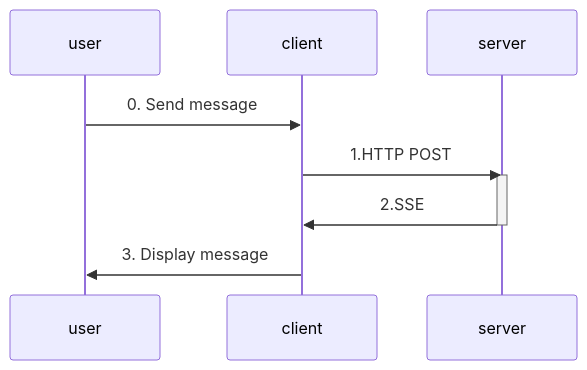
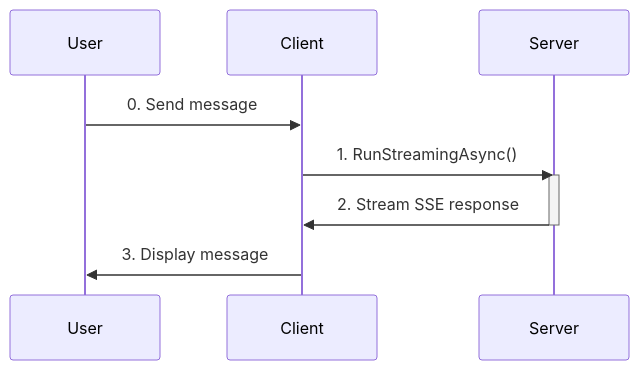
Before and after one commit to jasmin-software/dotnet_agui_workshop: the diagram in project1/Client_Tutorial_1/README.md, drawn with Mermaid. The commit also changed other lines of this file and 3 other files, not shown here.

Commit message:
clean up diagrams

````diff
--- a/project1/Client_Tutorial_1/README.md
+++ b/project1/Client_Tutorial_1/README.md
@@ -121,9 +121,9 @@
 ```mermaid
 sequenceDiagram;
-    user->>client: 0. Send message
-    client->>server: 1.HTTP POST
-    activate server
-    server->>client: 2.SSE
-    deactivate server
-    client->>user: 3. Display message
+    User->>Client: 0. Send message
+    Client->>Server: 1. RunStreamingAsync()
+    activate Server
+    Server->>Client: 2. Stream SSE response
+    deactivate Server
+    Client->>User: 3. Display message
 ```
````
